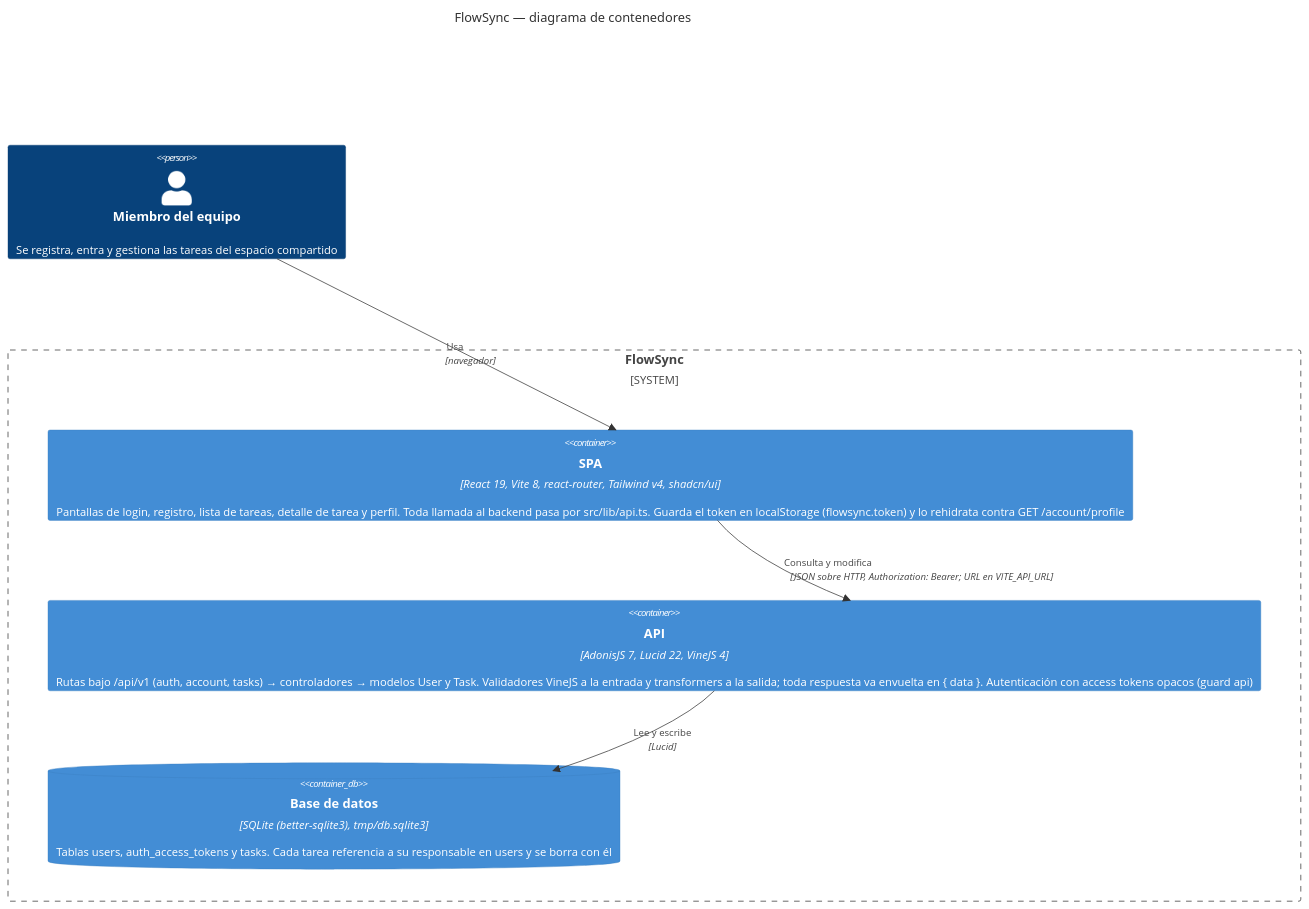
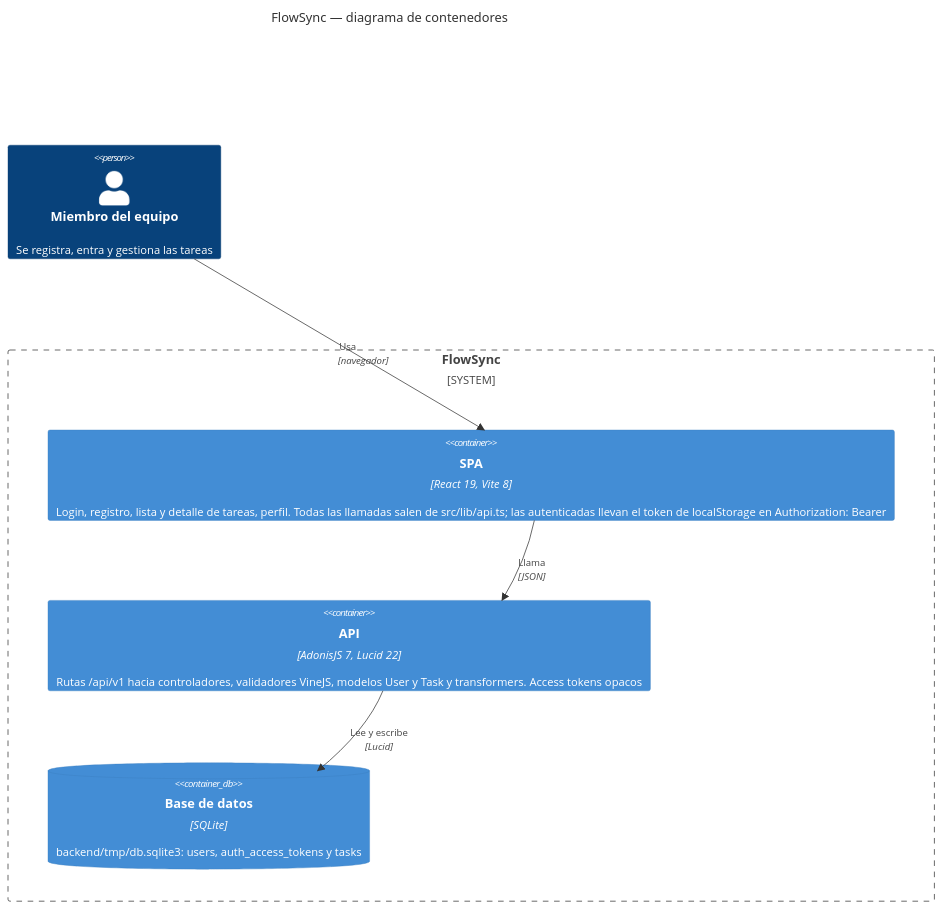
The diagram in docs/architecture.md (ebaudet/flowsync-ai4devs-202609-seniors-2), drawn with Mermaid before and after one commit. The commit also changed other lines of this file, not shown here.

Commit message:
docs(architecture): quitar afirmaciones falsas y arreglar el render del diagrama
Fuera «toda respuesta va envuelta en { data }» (el logout no pasa por
serialize) y la frase de proceso del párrafo; «sin sistemas externos» se
acota a tiempo de ejecución; la ruta de la base de datos pasa a
backend/tmp/db.sqlite3; solo las llamadas autenticadas llevan el Bearer.
Descripciones más cortas y etiquetas de flecha breves para que no se
pisen con las cajas.

````diff
--- a/docs/architecture.md
+++ b/docs/architecture.md
@@ -5,16 +5,16 @@
 ```mermaid
 C4Container
     title FlowSync — diagrama de contenedores
 
-    Person(user, "Miembro del equipo", "Se registra, entra y gestiona las tareas del espacio compartido")
+    Person(user, "Miembro del equipo", "Se registra, entra y gestiona las tareas")
 
     System_Boundary(flowsync, "FlowSync") {
-        Container(spa, "SPA", "React 19, Vite 8, react-router, Tailwind v4, shadcn/ui", "Pantallas de login, registro, lista de tareas, detalle de tarea y perfil. Toda llamada al backend pasa por src/lib/api.ts. Guarda el token en localStorage (flowsync.token) y lo rehidrata contra GET /account/profile")
-        Container(api, "API", "AdonisJS 7, Lucid 22, VineJS 4", "Rutas bajo /api/v1 (auth, account, tasks) → controladores → modelos User y Task. Validadores VineJS a la entrada y transformers a la salida; toda respuesta va envuelta en { data }. Autenticación con access tokens opacos (guard api)")
-        ContainerDb(db, "Base de datos", "SQLite (better-sqlite3), tmp/db.sqlite3", "Tablas users, auth_access_tokens y tasks. Cada tarea referencia a su responsable en users y se borra con él")
+        Container(spa, "SPA", "React 19, Vite 8", "Login, registro, lista y detalle de tareas, perfil. Todas las llamadas salen de src/lib/api.ts; las autenticadas llevan el token de localStorage en Authorization: Bearer")
+        Container(api, "API", "AdonisJS 7, Lucid 22", "Rutas /api/v1 hacia controladores, validadores VineJS, modelos User y Task y transformers. Access tokens opacos")
+        ContainerDb(db, "Base de datos", "SQLite", "backend/tmp/db.sqlite3: users, auth_access_tokens y tasks")
     }
 
     Rel(user, spa, "Usa", "navegador")
-    Rel(spa, api, "Consulta y modifica", "JSON sobre HTTP, Authorization: Bearer; URL en VITE_API_URL")
+    Rel(spa, api, "Llama", "JSON")
     Rel(api, db, "Lee y escribe", "Lucid")
 ```
````
